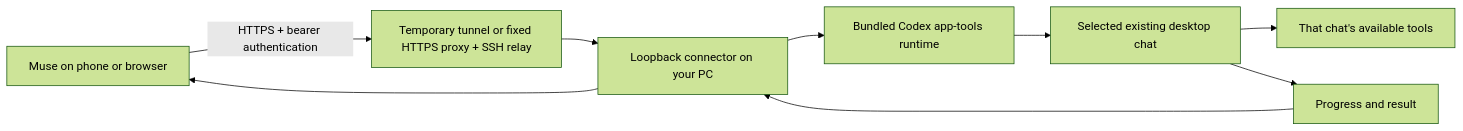
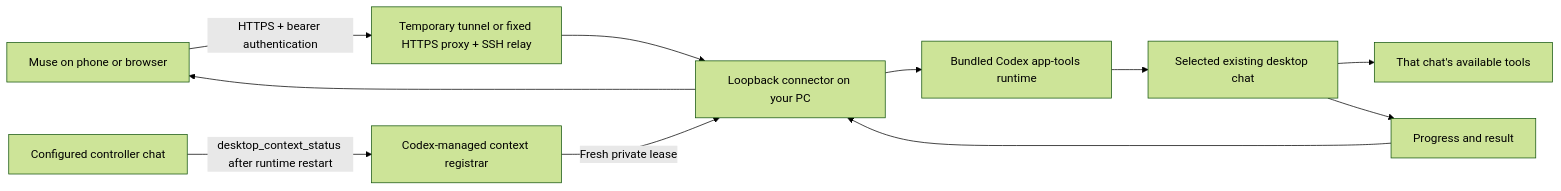
Before and after one commit to thefayth/muse-local-connector: the diagram in README.md, drawn with Mermaid (forest theme). The commit also changed other lines of this file and 20 other files, not shown here.

````diff
--- a/README.md
+++ b/README.md
@@ -25,11 +27,13 @@
 ```mermaid
 flowchart LR
     Muse["Muse on phone or browser"] -->|"HTTPS + bearer authentication"| Tunnel["Temporary tunnel or fixed HTTPS proxy + SSH relay"]
     Tunnel --> Gateway["Loopback connector on your PC"]
     Gateway --> Native["Bundled Codex app-tools runtime"]
+    Owner["Configured controller chat"] -->|"desktop_context_status after runtime restart"| Registrar["Codex-managed context registrar"]
+    Registrar -->|"Fresh private lease"| Gateway
     Native --> Chat["Selected existing desktop chat"]
     Chat --> Tools["That chat's available tools"]
     Chat --> Result["Progress and result"]
     Result --> Gateway
     Gateway --> Muse
 ```
````
